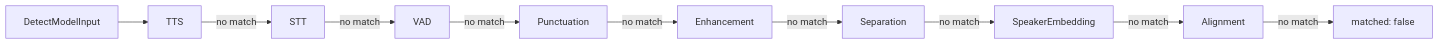
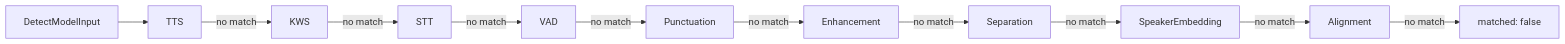
The third of 3 diagrams in docs/model-detect.md (XDcobra/react-native-sherpa-onnx), drawn with Mermaid before and after one commit. The commit also changed other lines of this file and 2 other files, not shown here.

First line of the commit message:
docs: document KWS packs in setup, detect, and download catalog

````diff
--- a/docs/model-detect.md
+++ b/docs/model-detect.md
@@ -324,12 +325,13 @@
 ```mermaid
 flowchart LR
   input["DetectModelInput"] --> tts[TTS]
-  tts -->|no match| stt[STT]
+  tts -->|no match| kws[KWS]
+  kws -->|no match| stt[STT]
   stt -->|no match| vad[VAD]
   vad -->|no match| punct[Punctuation]
   punct -->|no match| enh[Enhancement]
   enh -->|no match| sep[Separation]
   sep -->|no match| sid[SpeakerEmbedding]
   sid -->|no match| align[Alignment]
   align -->|no match| none["matched: false"]
 ```
````
